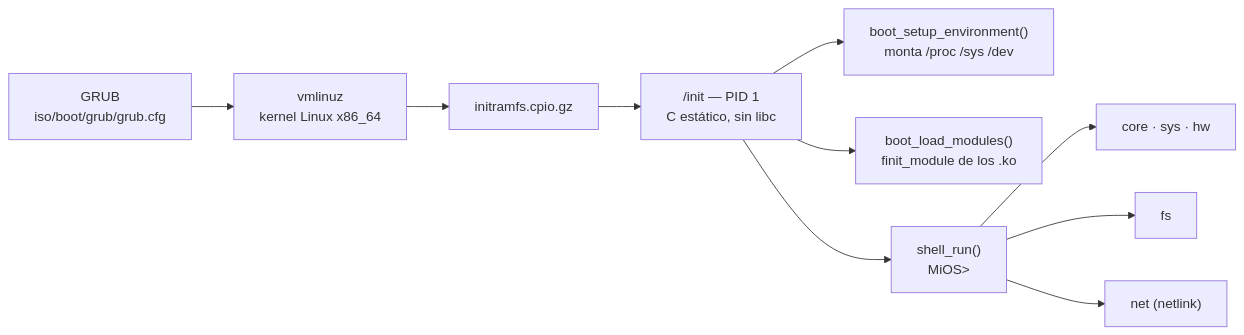
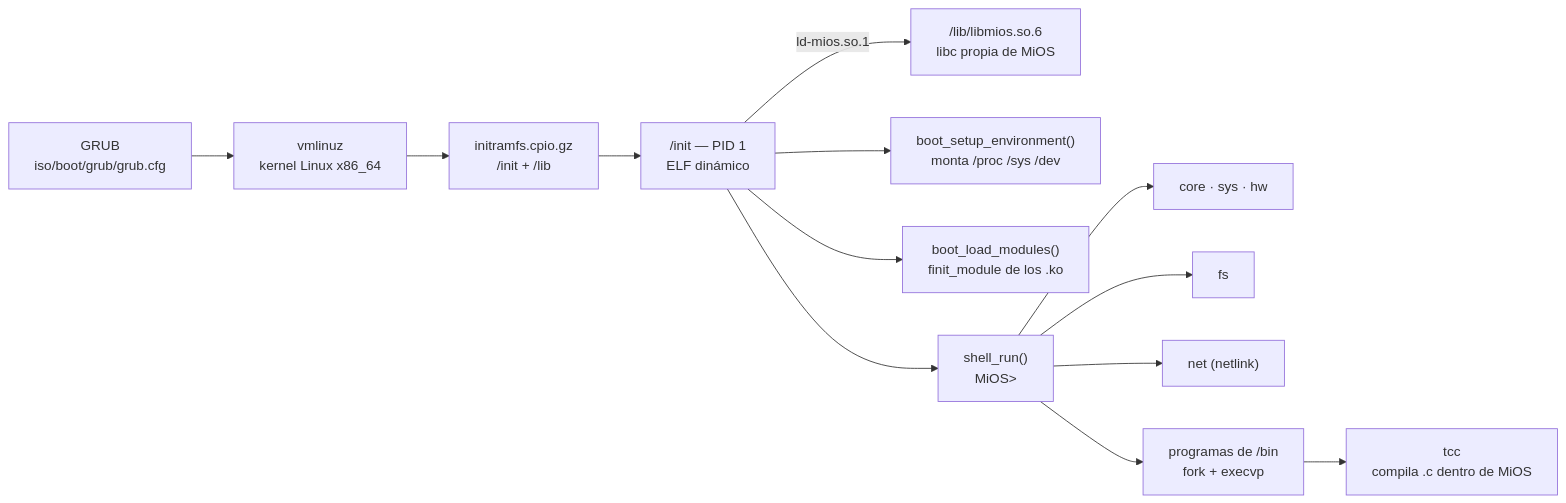
Before and after one commit to Chichimokers/MiOS: the diagram in README.md, drawn with Mermaid. The commit also changed other lines of this file and 16 other files, not shown here.

Commit message:
tcc compilar native on Mios,and lib mios standart

````diff
--- a/README.md
+++ b/README.md
@@ -73,12 +85,15 @@
 ```mermaid
 flowchart LR
     A["GRUB<br/>iso/boot/grub/grub.cfg"] --> B["vmlinuz<br/>kernel Linux x86_64"]
-    B --> C["initramfs.cpio.gz"]
-    C --> D["/init — PID 1<br/>C estático, sin libc"]
+    B --> C["initramfs.cpio.gz<br/>/init + /lib"]
+    C --> D["/init — PID 1<br/>ELF dinámico"]
+    D -- "ld-mios.so.1" --> L["/lib/libmios.so.6<br/>libc propia de MiOS"]
     D --> E["boot_setup_environment()<br/>monta /proc /sys /dev"]
     D --> F["boot_load_modules()<br/>finit_module de los .ko"]
     D --> G["shell_run()<br/>MiOS&gt; "]
     G --> H["core · sys · hw"]
     G --> I["fs"]
     G --> J["net (netlink)"]
+    G --> K["programas de /bin<br/>fork + execvp"]
+    K --> M["tcc<br/>compila .c dentro de MiOS"]
 ```
````
